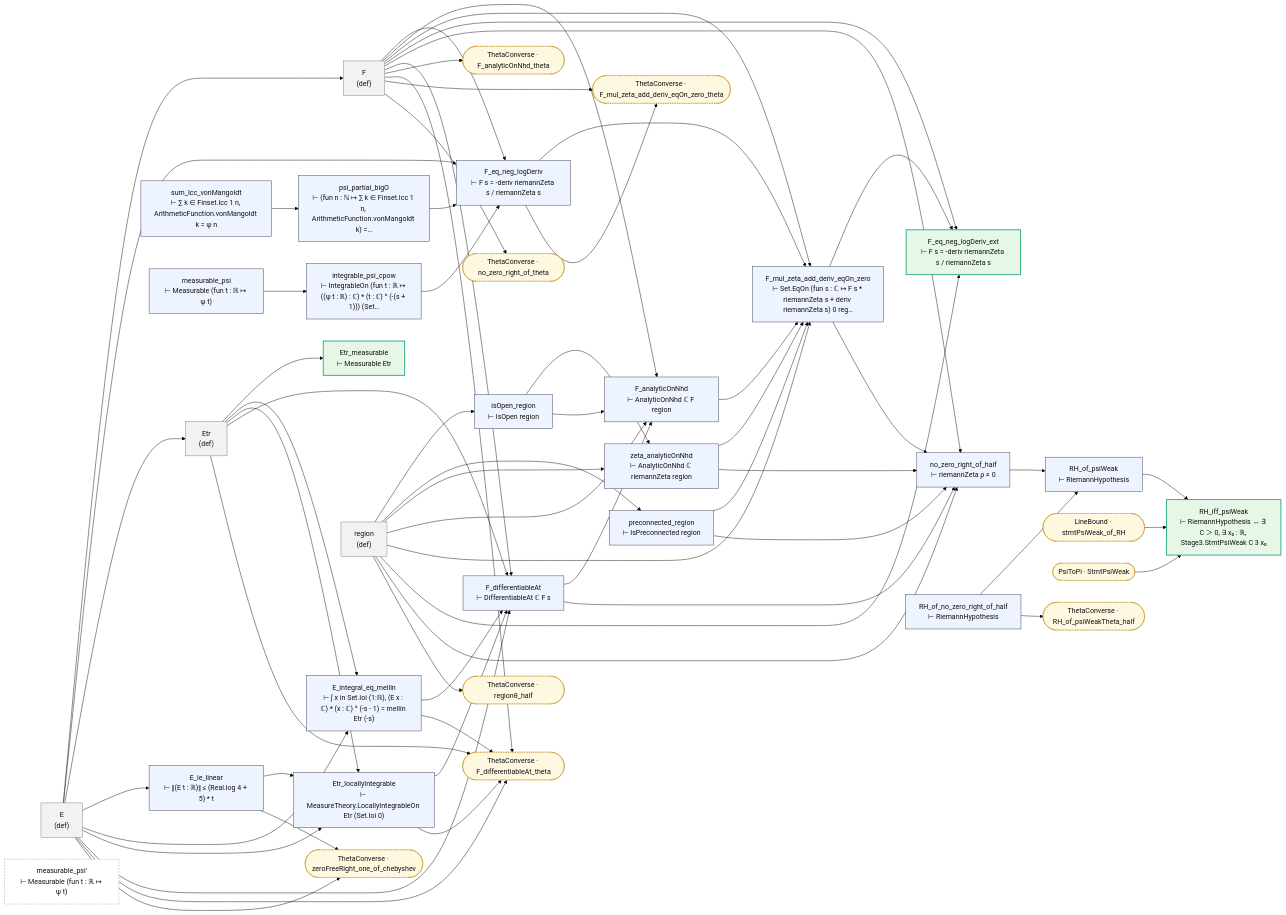
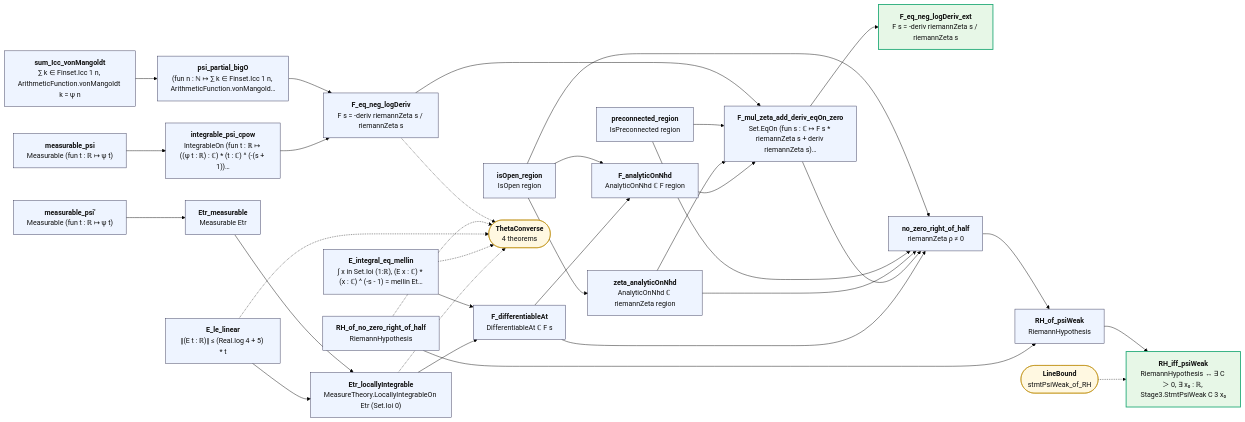
The diagram in map/lean_stage3/VonKochScaffold.md (juliansambranojr/Primebeat_081426), drawn with Mermaid (forest theme) before and after one commit. The commit also changed other lines of this file and 387 other files, not shown here.

````diff
--- a/map/lean_stage3/VonKochScaffold.md
+++ b/map/lean_stage3/VonKochScaffold.md
@@ -8,104 +12,62 @@
 ```mermaid
 flowchart LR
-  n0["E<br/>(def)"]:::dfn
-  n1["F<br/>(def)"]:::dfn
-  n2["Etr<br/>(def)"]:::dfn
-  n3["measurable_psi'<br/>⊢ Measurable (fun t : ℝ ↦ ψ t)"]:::lone
-  n4["Etr_measurable<br/>⊢ Measurable Etr"]:::end_
-  n5["E_le_linear<br/>⊢ ‖(E t : ℝ)‖ ≤ (Real.log 4 + 5) * t"]:::thm
-  n6["E_integral_eq_mellin<br/>⊢ ∫ x in Set.Ioi (1:ℝ), (E x : ℂ) * (x : ℂ) ^ (-s - 1) = mellin Etr (-s)"]:::thm
-  n7["Etr_locallyIntegrable<br/>⊢ MeasureTheory.LocallyIntegrableOn Etr (Set.Ioi 0)"]:::thm
-  n8["F_differentiableAt<br/>⊢ DifferentiableAt ℂ F s"]:::thm
-  n9["sum_Icc_vonMangoldt<br/>⊢ ∑ k ∈ Finset.Icc 1 n, ArithmeticFunction.vonMangoldt k = ψ n"]:::thm
-  n10["psi_partial_bigO<br/>⊢ (fun n : ℕ ↦ ∑ k ∈ Finset.Icc 1 n, ArithmeticFunction.vonMangoldt k) =…"]:::thm
-  n11["measurable_psi<br/>⊢ Measurable (fun t : ℝ ↦ ψ t)"]:::thm
-  n12["integrable_psi_cpow<br/>⊢ IntegrableOn (fun t : ℝ ↦ ((ψ t : ℝ) : ℂ) * (t : ℂ) ^ (-(s + 1))) (Set…"]:::thm
-  n13["F_eq_neg_logDeriv<br/>⊢ F s = -deriv riemannZeta s / riemannZeta s"]:::thm
-  n14["region<br/>(def)"]:::dfn
-  n15["isOpen_region<br/>⊢ IsOpen region"]:::thm
-  n16["preconnected_region<br/>⊢ IsPreconnected region"]:::thm
-  n17["zeta_analyticOnNhd<br/>⊢ AnalyticOnNhd ℂ riemannZeta region"]:::thm
-  n18["F_analyticOnNhd<br/>⊢ AnalyticOnNhd ℂ F region"]:::thm
-  n19["F_mul_zeta_add_deriv_eqOn_zero<br/>⊢ Set.EqOn (fun s : ℂ ↦ F s * riemannZeta s + deriv riemannZeta s) 0 reg…"]:::thm
-  n20["F_eq_neg_logDeriv_ext<br/>⊢ F s = -deriv riemannZeta s / riemannZeta s"]:::end_
-  n21["no_zero_right_of_half<br/>⊢ riemannZeta ρ ≠ 0"]:::thm
-  n22["RH_of_no_zero_right_of_half<br/>⊢ RiemannHypothesis"]:::thm
-  n23["RH_of_psiWeak<br/>⊢ RiemannHypothesis"]:::thm
-  n24["RH_iff_psiWeak<br/>⊢ RiemannHypothesis ↔ ∃ C ＞ 0, ∃ x₀ : ℝ, Stage3.StmtPsiWeak C 3 x₀"]:::end_
-  x0(["LineBound · stmtPsiWeak_of_RH"]):::ext
-  x1(["PsiToPi · StmtPsiWeak"]):::ext
-  x2(["ThetaConverse · F_analyticOnNhd_theta"]):::ext
-  x3(["ThetaConverse · F_differentiableAt_theta"]):::ext
-  x4(["ThetaConverse · F_mul_zeta_add_deriv_eqOn_zero_theta"]):::ext
-  x5(["ThetaConverse · RH_of_psiWeakTheta_half"]):::ext
-  x6(["ThetaConverse · no_zero_right_of_theta"]):::ext
-  x7(["ThetaConverse · regionθ_half"]):::ext
-  x8(["ThetaConverse · zeroFreeRight_one_of_chebyshev"]):::ext
+  n0["<b>measurable_psi'</b><br/>Measurable (fun t : ℝ ↦ ψ t)"]:::thm
+  n1["<b>Etr_measurable</b><br/>Measurable Etr"]:::thm
+  n2["<b>E_le_linear</b><br/>‖(E t : ℝ)‖ ≤ (Real.log 4 + 5) * t"]:::thm
+  n3["<b>E_integral_eq_mellin</b><br/>∫ x in Set.Ioi (1:ℝ), (E x : ℂ) * (x : ℂ) ^ (-s - 1) = mellin Et…"]:::thm
+  n4["<b>Etr_locallyIntegrable</b><br/>MeasureTheory.LocallyIntegrableOn Etr (Set.Ioi 0)"]:::thm
+  n5["<b>F_differentiableAt</b><br/>DifferentiableAt ℂ F s"]:::thm
+  n6["<b>sum_Icc_vonMangoldt</b><br/>∑ k ∈ Finset.Icc 1 n, ArithmeticFunction.vonMangoldt k = ψ n"]:::thm
+  n7["<b>psi_partial_bigO</b><br/>(fun n : ℕ ↦ ∑ k ∈ Finset.Icc 1 n, ArithmeticFunction.vonMangold…"]:::thm
+  n8["<b>measurable_psi</b><br/>Measurable (fun t : ℝ ↦ ψ t)"]:::thm
+  n9["<b>integrable_psi_cpow</b><br/>IntegrableOn (fun t : ℝ ↦ ((ψ t : ℝ) : ℂ) * (t : ℂ) ^ (-(s + 1))…"]:::thm
+  n10["<b>F_eq_neg_logDeriv</b><br/>F s = -deriv riemannZeta s / riemannZeta s"]:::thm
+  n11["<b>isOpen_region</b><br/>IsOpen region"]:::thm
+  n12["<b>preconnected_region</b><br/>IsPreconnected region"]:::thm
+  n13["<b>zeta_analyticOnNhd</b><br/>AnalyticOnNhd ℂ riemannZeta region"]:::thm
+  n14["<b>F_analyticOnNhd</b><br/>AnalyticOnNhd ℂ F region"]:::thm
+  n15["<b>F_mul_zeta_add_deriv_eqOn_zero</b><br/>Set.EqOn (fun s : ℂ ↦ F s * riemannZeta s + deriv riemannZeta s)…"]:::thm
+  n16["<b>F_eq_neg_logDeriv_ext</b><br/>F s = -deriv riemannZeta s / riemannZeta s"]:::end_
+  n17["<b>no_zero_right_of_half</b><br/>riemannZeta ρ ≠ 0"]:::thm
+  n18["<b>RH_of_no_zero_right_of_half</b><br/>RiemannHypothesis"]:::thm
+  n19["<b>RH_of_psiWeak</b><br/>RiemannHypothesis"]:::thm
+  n20["<b>RH_iff_psiWeak</b><br/>RiemannHypothesis ↔ ∃ C ＞ 0, ∃ x₀ : ℝ, Stage3.StmtPsiWeak C 3 x₀"]:::end_
+  x0(["<b>ThetaConverse</b><br/>4 theorems"]):::ext
+  x1(["<b>LineBound</b><br/>stmtPsiWeak_of_RH"]):::ext
   n0 --> n1
-  n0 --> n13
-  n0 --> n2
-  n0 --> n5
-  n0 --> n6
-  n0 --> n7
-  n0 --> n8
-  n0 --> x3
-  n0 --> x8
-  n1 --> n13
-  n1 --> n18
-  n1 --> n19
-  n1 --> n20
-  n1 --> n21
-  n1 --> n8
-  n1 --> x2
-  n1 --> x3
-  n1 --> x4
-  n1 --> x6
-  n10 --> n13
-  n11 --> n12
-  n12 --> n13
-  n13 --> n19
-  n13 --> x4
+  n1 --> n4
+  n10 --> n15
+  n11 --> n13
+  n11 --> n14
+  n11 --> n17
+  n12 --> n15
+  n12 --> n17
+  n13 --> n15
+  n13 --> n17
   n14 --> n15
-  n14 --> n16
-  n14 --> n17
-  n14 --> n18
-  n14 --> n19
-  n14 --> n20
-  n14 --> n21
-  n14 --> x7
+  n15 --> n16
   n15 --> n17
-  n15 --> n18
-  n16 --> n19
-  n16 --> n21
   n17 --> n19
-  n17 --> n21
   n18 --> n19
   n19 --> n20
-  n19 --> n21
   n2 --> n4
-  n2 --> n6
-  n2 --> n7
-  n2 --> n8
-  n2 --> x3
-  n21 --> n23
-  n22 --> n23
-  n22 --> x5
-  n23 --> n24
-  n5 --> n7
-  n5 --> x8
-  n6 --> n8
-  n6 --> x3
-  n7 --> n8
-  n7 --> x3
-  n8 --> n18
-  n8 --> n21
+  n3 --> n5
+  n4 --> n5
+  n5 --> n14
+  n5 --> n17
+  n6 --> n7
+  n7 --> n10
+  n8 --> n9
   n9 --> n10
-  x0 --> n24
-  x1 --> n24
+  n10 -.-> x0
+  n18 -.-> x0
+  n2 -.-> x0
+  n3 -.-> x0
+  n4 -.-> x0
+  x1 -.-> n20
   classDef thm fill:#eef4ff,stroke:#335,color:#111
-  classDef dfn fill:#f2f2f2,stroke:#777,color:#111
   classDef end_ fill:#e7f7e7,stroke:#2a7,color:#111,stroke-width:2px
   classDef lone fill:#fff,stroke:#999,color:#111,stroke-dasharray:4 3
   classDef bad fill:#ffe5e5,stroke:#c22,color:#111,stroke-width:2px
-  classDef ext fill:#fff8e1,stroke:#b80,color:#111,stroke-dasharray:2 2
+  classDef ext fill:#fff8e1,stroke:#b80,color:#111
 ```
````
